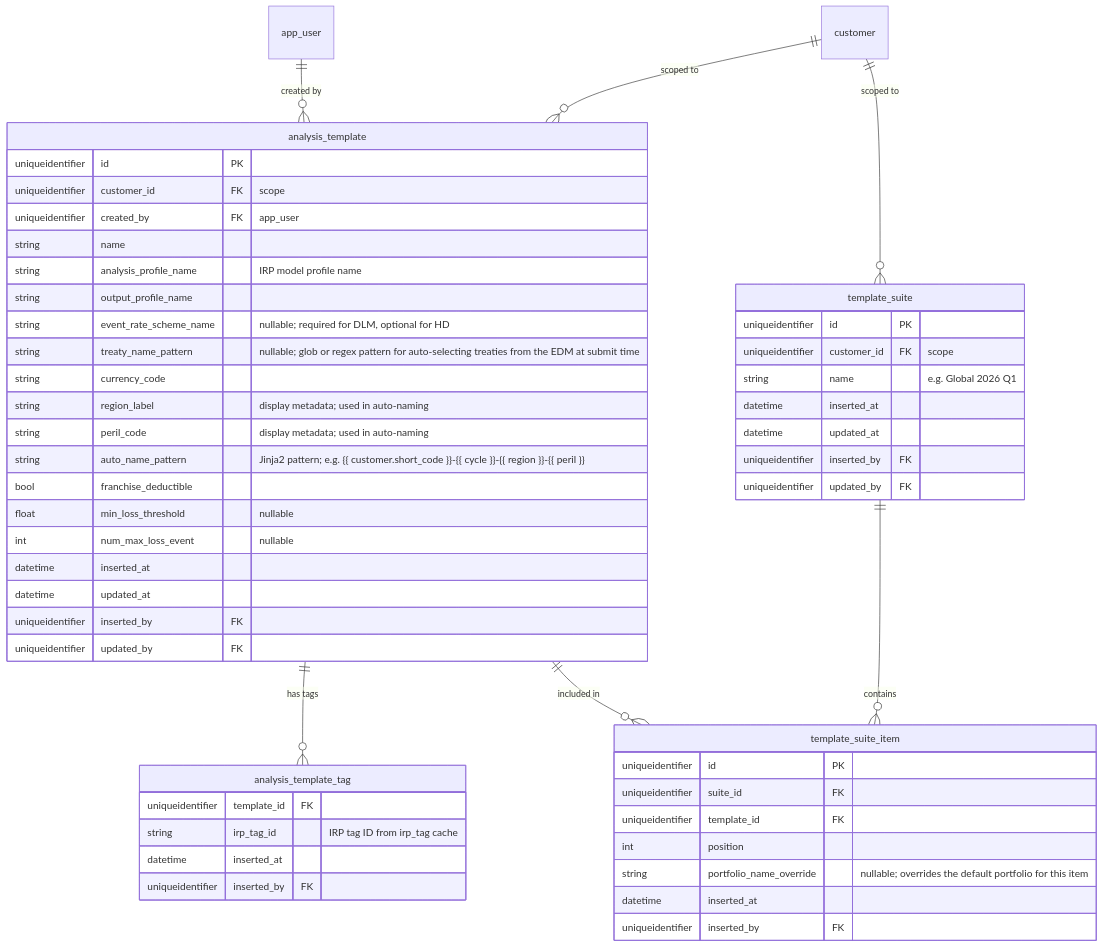
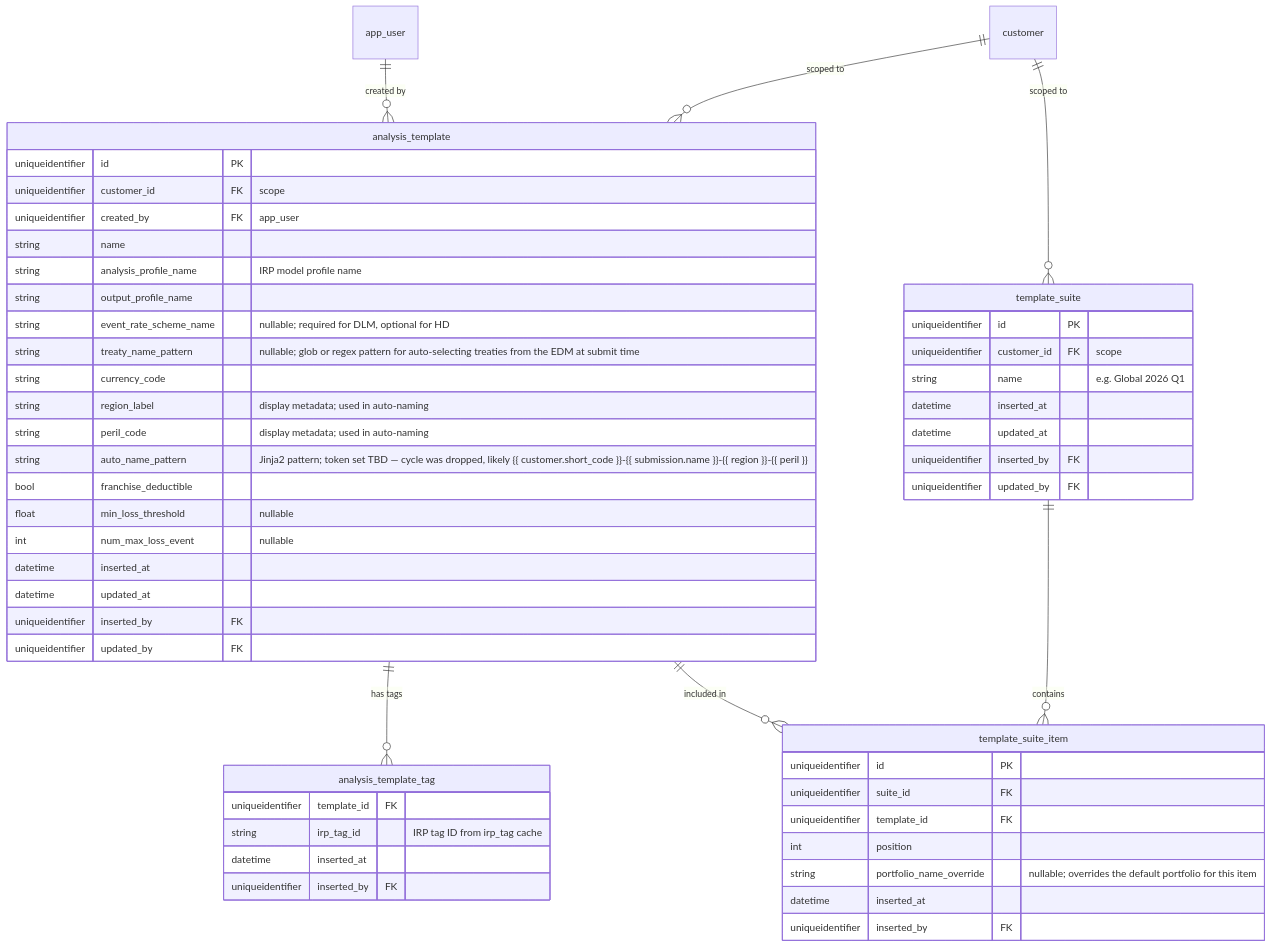
Before and after one commit to anilvenugopal/risk-workbench: the seventh of 11 diagrams in docs/DATA_MODEL.md, drawn with Mermaid. The commit also changed other lines of this file and 2 other files, not shown here.

````diff
--- a/docs/DATA_MODEL.md
+++ b/docs/DATA_MODEL.md
@@ -397,55 +500,55 @@
 ```mermaid
 erDiagram
   customer ||--o{ analysis_template : "scoped to"
   app_user ||--o{ analysis_template : "created by"
   analysis_template ||--o{ analysis_template_tag : "has tags"
   customer ||--o{ template_suite : "scoped to"
   template_suite ||--o{ template_suite_item : contains
   analysis_template ||--o{ template_suite_item : "included in"
 
   analysis_template {
     uniqueidentifier id PK
     uniqueidentifier customer_id FK "scope"
     uniqueidentifier created_by FK "app_user"
     string name
     string analysis_profile_name "IRP model profile name"
     string output_profile_name
     string event_rate_scheme_name "nullable; required for DLM, optional for HD"
     string treaty_name_pattern "nullable; glob or regex pattern for auto-selecting treaties from the EDM at submit time"
     string currency_code
     string region_label "display metadata; used in auto-naming"
     string peril_code "display metadata; used in auto-naming"
-    string auto_name_pattern "Jinja2 pattern; e.g. {{ customer.short_code }}-{{ cycle }}-{{ region }}-{{ peril }}"
+    string auto_name_pattern "Jinja2 pattern; token set TBD — cycle was dropped, likely {{ customer.short_code }}-{{ submission.name }}-{{ region }}-{{ peril }}"
     bool franchise_deductible
     float min_loss_threshold "nullable"
     int num_max_loss_event "nullable"
     datetime inserted_at
     datetime updated_at
     uniqueidentifier inserted_by FK
     uniqueidentifier updated_by FK
   }
   analysis_template_tag {
     uniqueidentifier template_id FK
     string irp_tag_id "IRP tag ID from irp_tag cache"
     datetime inserted_at
     uniqueidentifier inserted_by FK
   }
   template_suite {
     uniqueidentifier id PK
     uniqueidentifier customer_id FK "scope"
     string name "e.g. Global 2026 Q1"
     datetime inserted_at
     datetime updated_at
     uniqueidentifier inserted_by FK
     uniqueidentifier updated_by FK
   }
   template_suite_item {
     uniqueidentifier id PK
     uniqueidentifier suite_id FK
     uniqueidentifier template_id FK
     int position
     string portfolio_name_override "nullable; overrides the default portfolio for this item"
     datetime inserted_at
     uniqueidentifier inserted_by FK
   }
 ```
````
